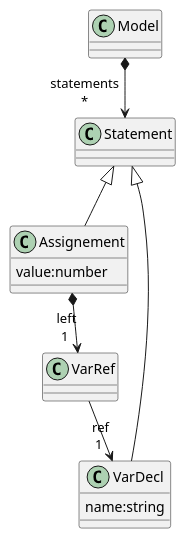
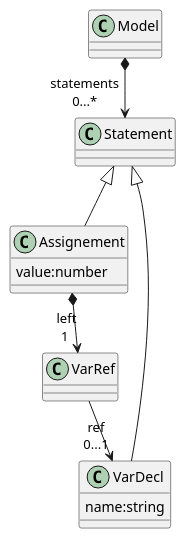
One commit to WWeishen/transformation-to-uml changed the diagram in firstTry/ts2uml/lib/toUML/tempok.puml. Above: the diagram before and after it, drawn with PlantUML. The commit also changed 2 other files, not shown here.

```diff
--- a/firstTry/ts2uml/lib/toUML/tempok.puml
+++ b/firstTry/ts2uml/lib/toUML/tempok.puml
@@ -1,18 +1,17 @@
-Statement  <|--  Assignement
-Statement  <|--  VarDecl
-
 class Statement{
 }
+Statement <|-- Assignement      
+Statement <|-- VarDecl
 class Assignement{
 value:number
 }
-Assignement*--> "left\n1 "VarRef 
+Assignement*--> "left\n1 "VarRef
 class Model{
 }
-Model*-->"statements\n*"Statement
+Model*-->"statements\n0...*"Statement
 class VarDecl{
 name:string
 }
 class VarRef{
 }
-VarRef--> "ref\n1 "VarDecl
+VarRef--> "ref\n0...1"VarDecl
```
